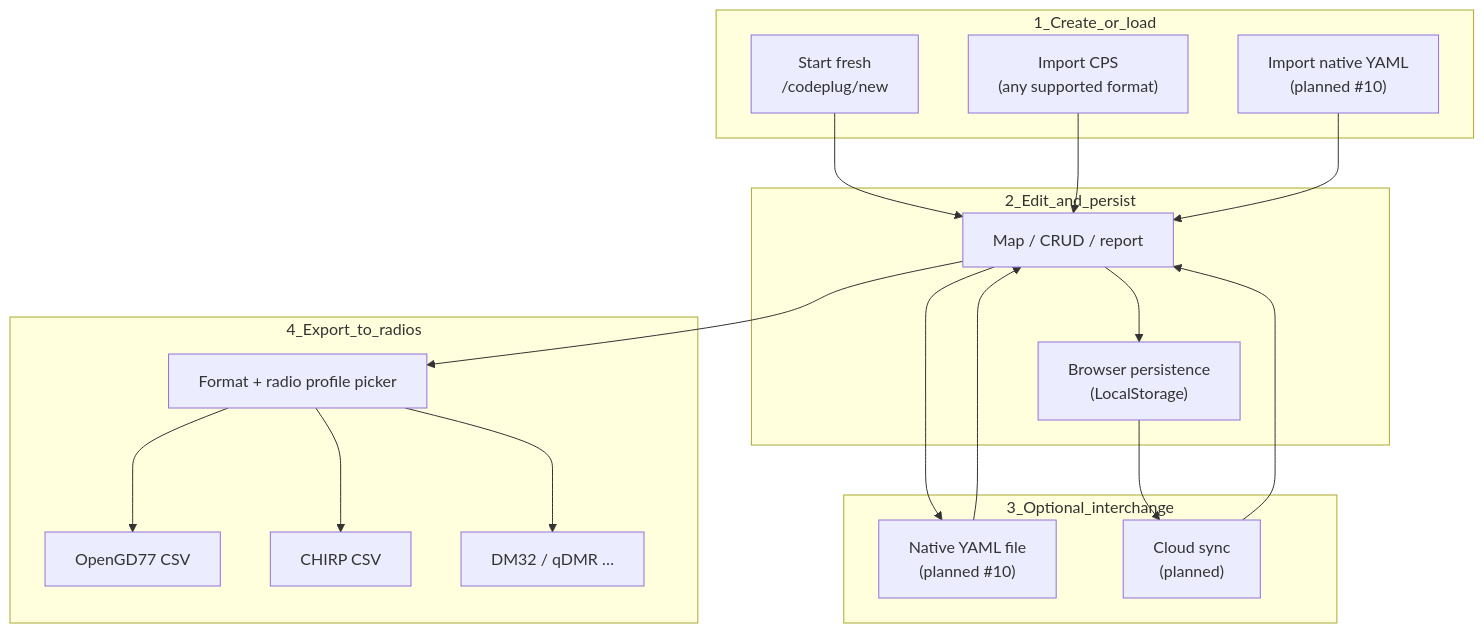
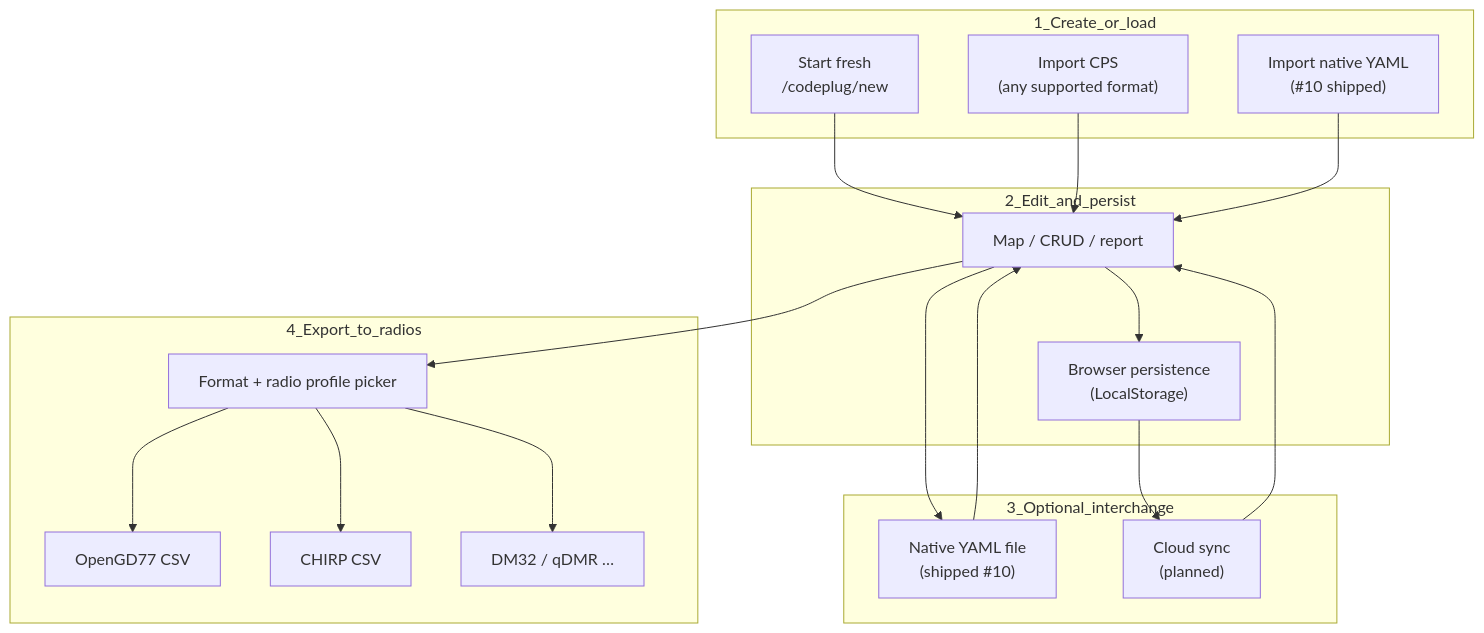
One commit to pskillen/opengd77-map changed the diagram in docs/features/workflows/operator-lifecycle.md. Above: the diagram before and after it, drawn with Mermaid. The commit also changed other lines of this file and 6 other files, not shown here.

First line of the commit message:
feat(native-yaml): enable format in import/export UI

````diff
--- a/docs/features/workflows/operator-lifecycle.md
+++ b/docs/features/workflows/operator-lifecycle.md
@@ -9,34 +9,34 @@
 ```mermaid
 flowchart TD
   subgraph create [1_Create_or_load]
     Blank["Start fresh\n/codeplug/new"]
     ImportAny["Import CPS\n(any supported format)"]
-    ImportYaml["Import native YAML\n(planned #10)"]
+    ImportYaml["Import native YAML\n(#10 shipped)"]
   end
   subgraph work [2_Edit_and_persist]
     Edit["Map / CRUD / report"]
     LS["Browser persistence\n(LocalStorage)"]
   end
   subgraph interchange [3_Optional_interchange]
-    YamlFile["Native YAML file\n(planned #10)"]
+    YamlFile["Native YAML file\n(shipped #10)"]
     Cloud["Cloud sync\n(planned)"]
   end
   subgraph export [4_Export_to_radios]
     Pick["Format + radio profile picker"]
     OG["OpenGD77 CSV"]
     Chirp["CHIRP CSV"]
     Other["DM32 / qDMR …"]
   end
   Blank --> Edit
   ImportAny --> Edit
   ImportYaml --> Edit
   Edit --> LS
   Edit --> YamlFile
   YamlFile --> Edit
   LS --> Cloud
   Cloud --> Edit
   Edit --> Pick
   Pick --> OG
   Pick --> Chirp
   Pick --> Other
 ```
````
